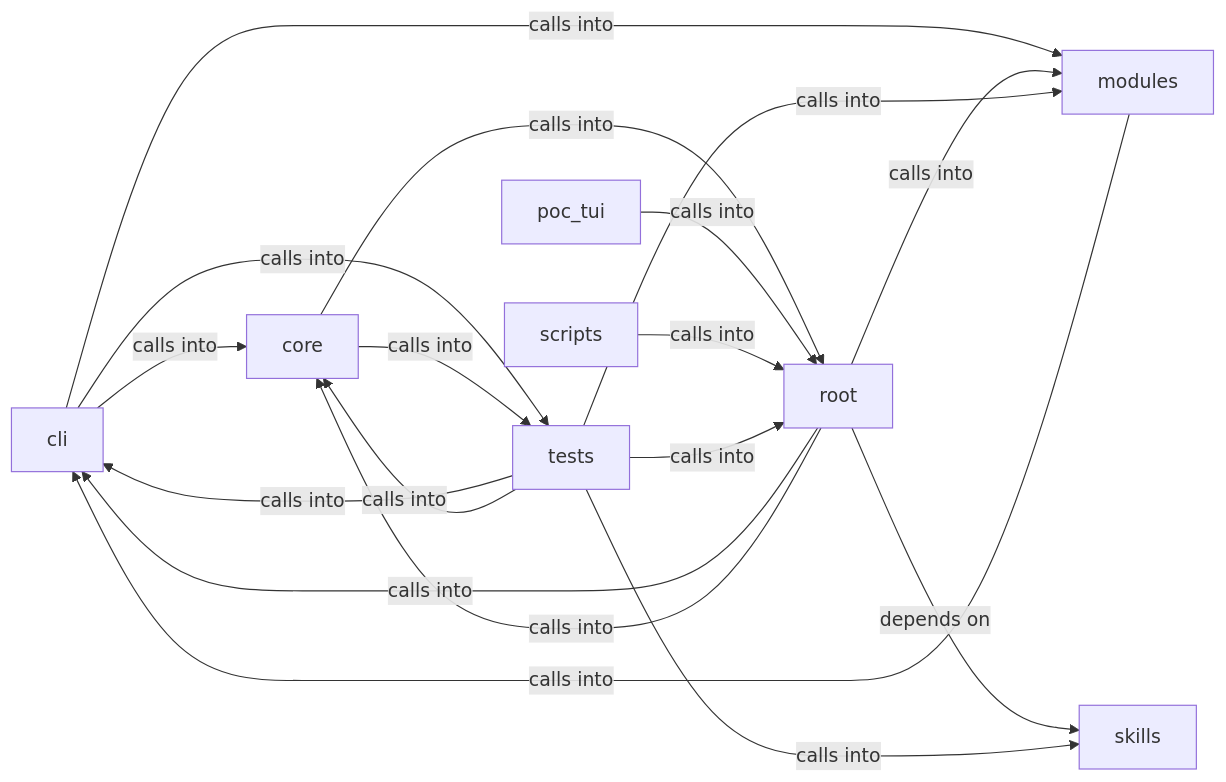
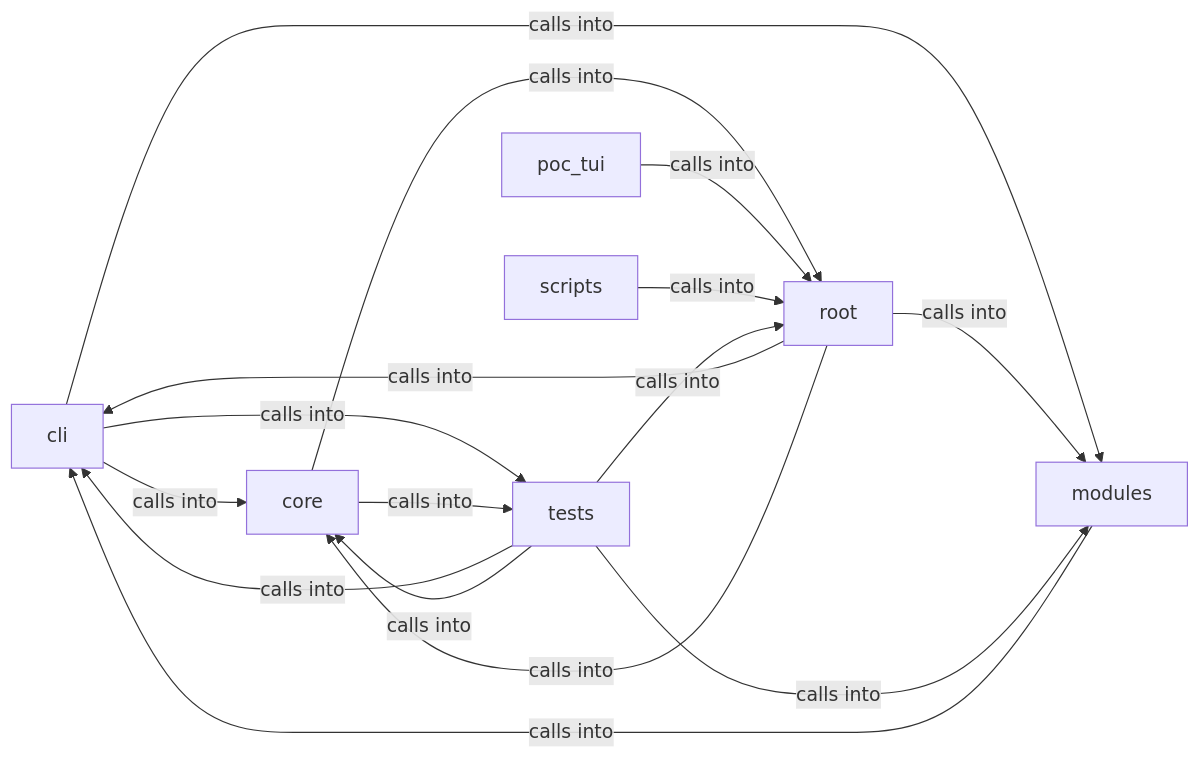
The diagram in readmenator-diagrams/cli.md (grisuno/LazyOwn), drawn with Mermaid before and after one commit. The commit also changed other lines of this file and 301 other files, not shown here.

````diff
--- a/readmenator-diagrams/cli.md
+++ b/readmenator-diagrams/cli.md
@@ -5,28 +5,25 @@
 ```mermaid
 graph LR
     cli["cli"]
     core["core"]
     modules["modules"]
     poc_tui["poc_tui"]
     root["root"]
     scripts["scripts"]
-    skills["skills"]
     tests["tests"]
     cli -- "calls into" --> core
     cli -- "calls into" --> modules
     cli -- "calls into" --> tests
     core -- "calls into" --> root
     core -- "calls into" --> tests
     modules -- "calls into" --> cli
     poc_tui -- "calls into" --> root
     root -- "calls into" --> cli
     root -- "calls into" --> core
     root -- "calls into" --> modules
-    root -- "depends on" --> skills
     scripts -- "calls into" --> root
     tests -- "calls into" --> cli
     tests -- "calls into" --> core
     tests -- "calls into" --> modules
     tests -- "calls into" --> root
-    tests -- "calls into" --> skills
 ```
````
